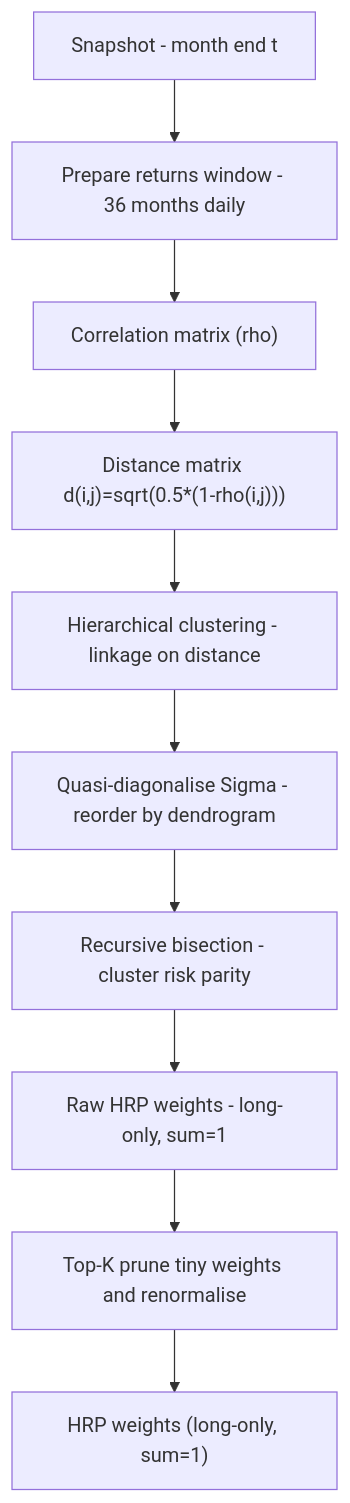
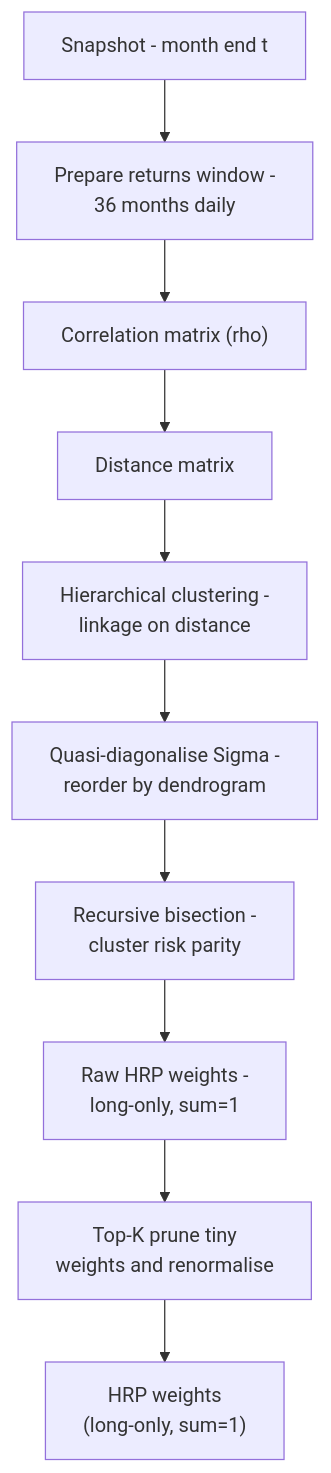
One commit to BrianIsaac/FinanceCoding changed the fifth of 7 diagrams in GNN/test.md. Above: the diagram before and after it, drawn with Mermaid. The commit also changed other lines of this file and 32 other files, not shown here.

````diff
--- a/GNN/test.md
+++ b/GNN/test.md
@@ -119,12 +119,12 @@
 ```mermaid
 flowchart TB
-  A1["Snapshot - month end t"] --> B1["Prepare returns window - 36 months daily"]
+  A1["Snapshot - month end t"] --> B1["Prepare returns window -<br/> 36 months daily"]
   B1 --> C1["Correlation matrix (rho)"]
-  C1 --> D1["Distance matrix d(i,j)=sqrt(0.5*(1-rho(i,j)))"]
-  D1 --> E1["Hierarchical clustering - linkage on distance"]
-  E1 --> F1["Quasi-diagonalise Sigma - reorder by dendrogram"]
-  F1 --> G1["Recursive bisection - cluster risk parity"]
-  G1 --> H1["Raw HRP weights - long-only, sum=1"]
-  H1 --> I1["Top-K prune tiny weights and renormalise"]
-  I1 --> W_HRP["HRP weights (long-only, sum=1)"]
+  C1 --> D1["Distance matrix"]
+  D1 --> E1["Hierarchical clustering -<br/> linkage on distance"]
+  E1 --> F1["Quasi-diagonalise Sigma - <br/>reorder by dendrogram"]
+  F1 --> G1["Recursive bisection - <br/>cluster risk parity"]
+  G1 --> H1["Raw HRP weights -<br/> long-only, sum=1"]
+  H1 --> I1["Top-K prune tiny<br/> weights and renormalise"]
+  I1 --> W_HRP["HRP weights<br/> (long-only, sum=1)"]
 ```
````
